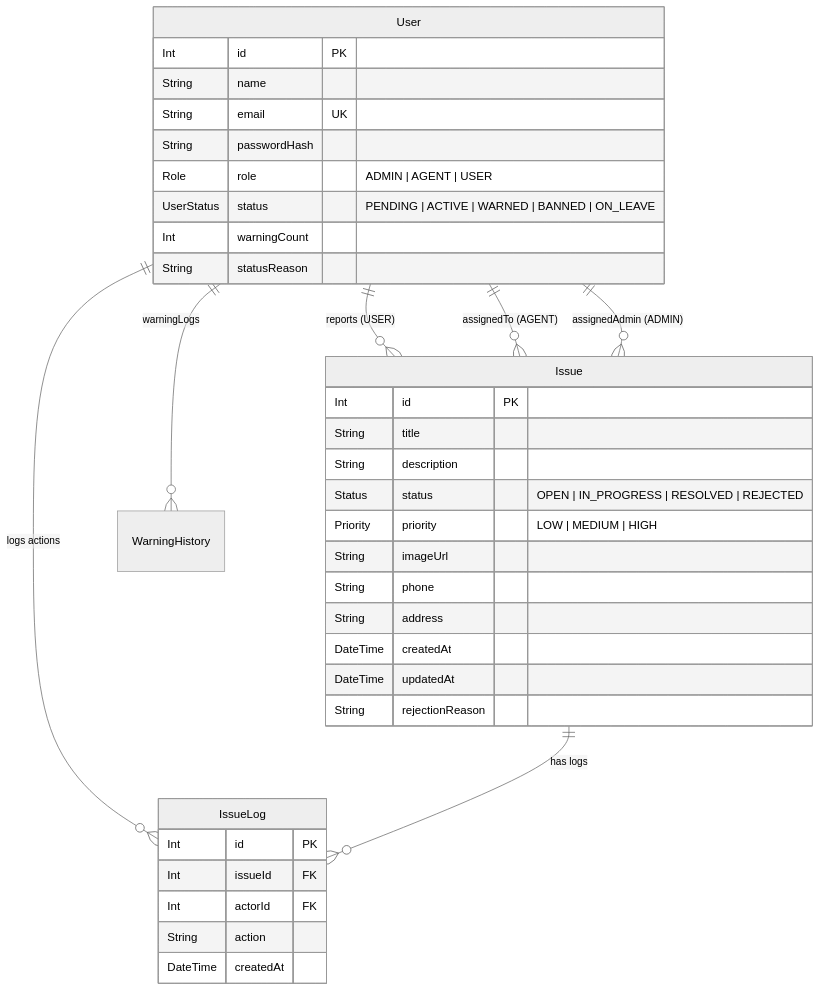
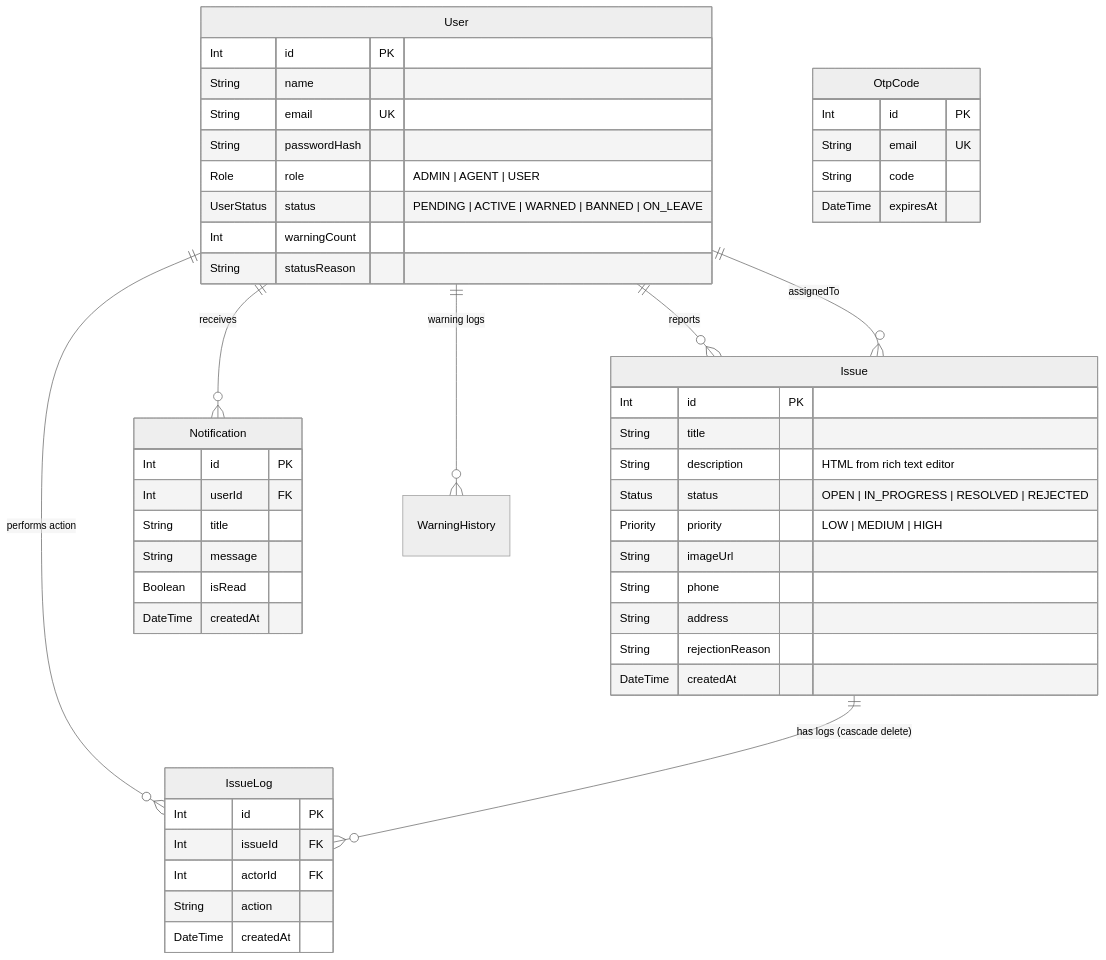
The diagram in README.md (yonasleykun27/issue_tracker), drawn with Mermaid (neutral theme) before and after one commit. The commit also changed other lines of this file, not shown here.

Commit message:
docs: rewrite README with full feature docs, tech stack, role matrix, DB schema, and setup guide

````diff
--- a/README.md
+++ b/README.md
@@ -70,42 +184,57 @@
 ```mermaid
 erDiagram
-    User ||--o{ Issue : "reports (USER)"
-    User ||--o{ Issue : "assignedTo (AGENT)"
-    User ||--o{ Issue : "assignedAdmin (ADMIN)"
-    User ||--o{ IssueLog : "logs actions"
-    User ||--o{ WarningHistory : "warningLogs"
-    Issue ||--o{ IssueLog : "has logs"
-    
+    User ||--o{ Issue : "reports"
+    User ||--o{ Issue : "assignedTo"
+    User ||--o{ IssueLog : "performs action"
+    User ||--o{ Notification : "receives"
+    User ||--o{ WarningHistory : "warning logs"
+    Issue ||--o{ IssueLog : "has logs (cascade delete)"
+
     User {
         Int id PK
         String name
         String email UK
         String passwordHash
         Role role "ADMIN | AGENT | USER"
         UserStatus status "PENDING | ACTIVE | WARNED | BANNED | ON_LEAVE"
         Int warningCount
         String statusReason
     }
 
     Issue {
         Int id PK
         String title
-        String description
+        String description "HTML from rich text editor"
         Status status "OPEN | IN_PROGRESS | RESOLVED | REJECTED"
         Priority priority "LOW | MEDIUM | HIGH"
         String imageUrl
         String phone
         String address
+        String rejectionReason
         DateTime createdAt
-        DateTime updatedAt
-        String rejectionReason
     }
 
     IssueLog {
         Int id PK
         Int issueId FK
         Int actorId FK
         String action
         DateTime createdAt
     }
+
+    Notification {
+        Int id PK
+        Int userId FK
+        String title
+        String message
+        Boolean isRead
+        DateTime createdAt
+    }
+
+    OtpCode {
+        Int id PK
+        String email UK
+        String code
+        DateTime expiresAt
+    }
 ```
````
